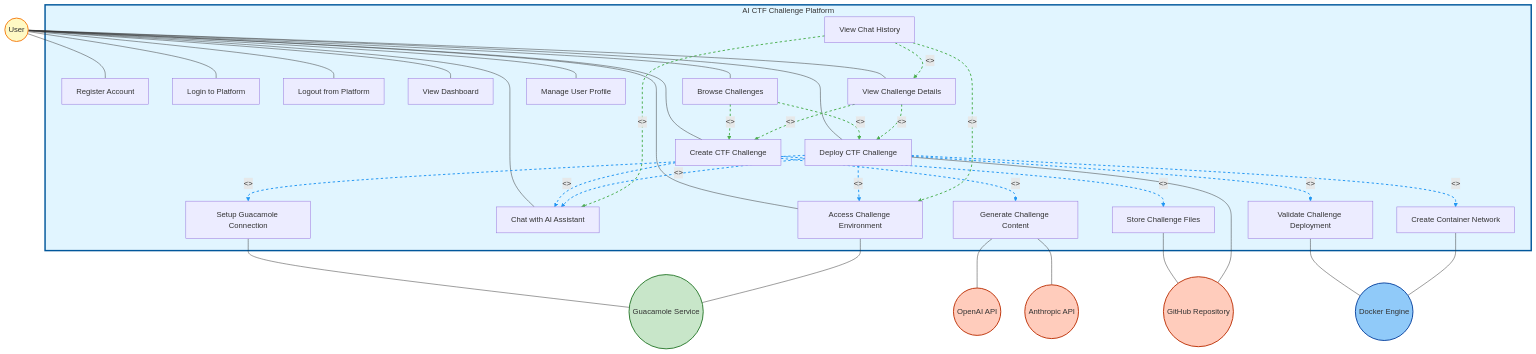
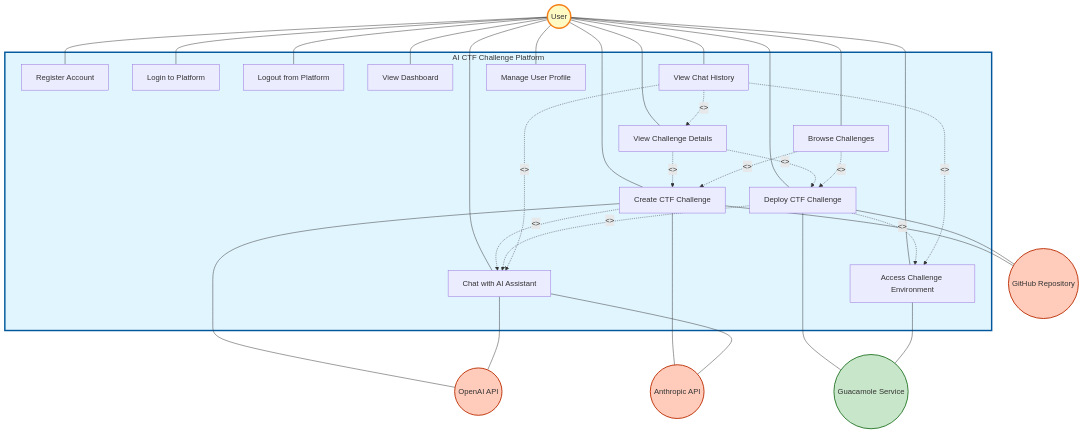
Before and after one commit to Ahmed-CYB/ai-ctf-challenge-platform: the first of 3 diagrams in USE_CASE_DIAGRAM_CORRECT.md, drawn with Mermaid. The commit also changed other lines of this file, not shown here.

First line of the commit message:
Refocus use case diagram on user actions only

````diff
--- a/USE_CASE_DIAGRAM_CORRECT.md
+++ b/USE_CASE_DIAGRAM_CORRECT.md
@@ -71,11 +71,6 @@
         UC10[View Chat History]
         UC11[Manage User Profile]
         UC12[Browse Challenges]
-        UC13[Validate Challenge Deployment]
-        UC14[Generate Challenge Content]
-        UC15[Store Challenge Files]
-        UC16[Create Container Network]
-        UC17[Setup Guacamole Connection]
     end
 
     User((User))
@@ -83,7 +78,6 @@
     Anthropic((Anthropic API))
     GitHub((GitHub Repository))
     Guacamole((Guacamole Service))
-    Docker((Docker Engine))
 
     %% Actor-Use Case Associations (Solid lines, NO arrowheads - UML Standard)
     User --- UC1
@@ -95,64 +89,41 @@
     User --- UC7
     User --- UC8
     User --- UC9
+    User --- UC10
     User --- UC11
     User --- UC12
 
     %% Include Relationships (MANDATORY - Dashed arrow FROM base TO included)
-    %% Rule: Base use case MUST include these - they always happen
-    %% Visual: Blue dashed arrows pointing FROM base TO included
+    %% User actions that MUST include other actions
     UC5 -.->|<<include>>| UC8
-    UC5 -.->|<<include>>| UC14
-    UC5 -.->|<<include>>| UC15
     UC6 -.->|<<include>>| UC8
-    UC6 -.->|<<include>>| UC13
-    UC6 -.->|<<include>>| UC16
-    UC6 -.->|<<include>>| UC17
     UC6 -.->|<<include>>| UC7
 
     %% Extend Relationships (OPTIONAL - Dashed arrow FROM extending TO base)
-    %% Rule: Extending use case MAY happen - it's optional behavior
-    %% Visual: Green dashed arrows pointing FROM extending TO base
-    UC12 -.->|<<extend>>| UC5
-    UC12 -.->|<<extend>>| UC6
+    %% User actions that MAY lead to optional actions
     UC10 -.->|<<extend>>| UC8
     UC10 -.->|<<extend>>| UC7
     UC10 -.->|<<extend>>| UC9
     UC9 -.->|<<extend>>| UC5
     UC9 -.->|<<extend>>| UC6
+    UC12 -.->|<<extend>>| UC5
+    UC12 -.->|<<extend>>| UC6
 
     %% External Actor Associations (Solid lines, NO arrowheads)
-    UC14 --- OpenAI
-    UC14 --- Anthropic
-    UC15 --- GitHub
+    %% These support user actions but are not user-initiated
+    UC5 --- OpenAI
+    UC5 --- Anthropic
+    UC5 --- GitHub
     UC6 --- GitHub
-    UC13 --- Docker
-    UC16 --- Docker
-    UC17 --- Guacamole
+    UC6 --- Guacamole
     UC7 --- Guacamole
+    UC8 --- OpenAI
+    UC8 --- Anthropic
 
     style System fill:#e1f5ff,stroke:#01579b,stroke-width:3px
-    style User fill:#fff9c4,stroke:#f57f17,stroke-width:2px
+    style User fill:#fff9c4,stroke:#f57f17,stroke-width:3px
     style OpenAI fill:#ffccbc,stroke:#bf360c,stroke-width:2px
     style Anthropic fill:#ffccbc,stroke:#bf360c,stroke-width:2px
     style GitHub fill:#ffccbc,stroke:#bf360c,stroke-width:2px
     style Guacamole fill:#c8e6c9,stroke:#2e7d32,stroke-width:2px
-    style Docker fill:#90caf9,stroke:#0d47a1,stroke-width:2px
-    
-    %% Color coding for relationships (if supported)
-    linkStyle 11 stroke:#2196F3,stroke-width:2px,stroke-dasharray: 5 5
-    linkStyle 12 stroke:#2196F3,stroke-width:2px,stroke-dasharray: 5 5
-    linkStyle 13 stroke:#2196F3,stroke-width:2px,stroke-dasharray: 5 5
-    linkStyle 14 stroke:#2196F3,stroke-width:2px,stroke-dasharray: 5 5
-    linkStyle 15 stroke:#2196F3,stroke-width:2px,stroke-dasharray: 5 5
-    linkStyle 16 stroke:#2196F3,stroke-width:2px,stroke-dasharray: 5 5
-    linkStyle 17 stroke:#2196F3,stroke-width:2px,stroke-dasharray: 5 5
-    linkStyle 18 stroke:#2196F3,stroke-width:2px,stroke-dasharray: 5 5
-    linkStyle 19 stroke:#4CAF50,stroke-width:2px,stroke-dasharray: 5 5
-    linkStyle 20 stroke:#4CAF50,stroke-width:2px,stroke-dasharray: 5 5
-    linkStyle 21 stroke:#4CAF50,stroke-width:2px,stroke-dasharray: 5 5
-    linkStyle 22 stroke:#4CAF50,stroke-width:2px,stroke-dasharray: 5 5
-    linkStyle 23 stroke:#4CAF50,stroke-width:2px,stroke-dasharray: 5 5
-    linkStyle 24 stroke:#4CAF50,stroke-width:2px,stroke-dasharray: 5 5
-    linkStyle 25 stroke:#4CAF50,stroke-width:2px,stroke-dasharray: 5 5
 ```
````
